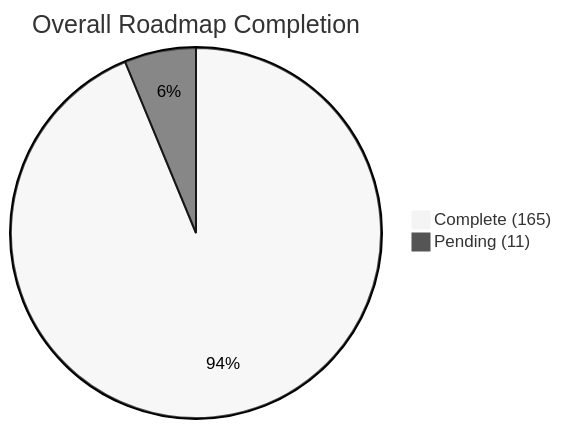
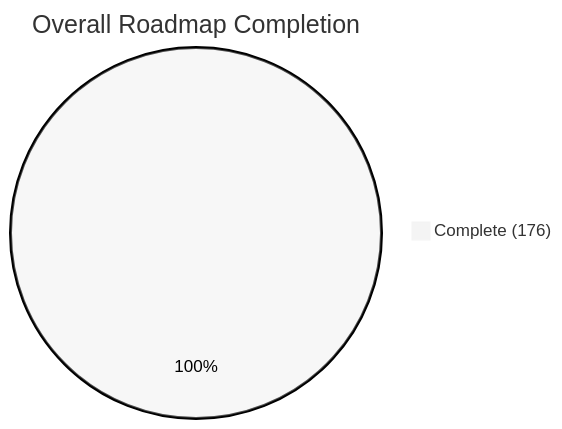
One commit to J3DI-19/TraceVeil changed the first of 14 diagrams in docs/Completion_Report_2026-09-06.md. Above: the diagram before and after it, drawn with Mermaid (neutral theme). The commit also changed other lines of this file and 4 other files, not shown here.

````diff
--- a/docs/Completion_Report_2026-09-06.md
+++ b/docs/Completion_Report_2026-09-06.md
@@ -50,5 +53,4 @@
 ```mermaid
 pie title Overall Roadmap Completion
-    "Complete (165)" : 165
-    "Pending (11)" : 11
+    "Complete (176)" : 176
 ```
````
